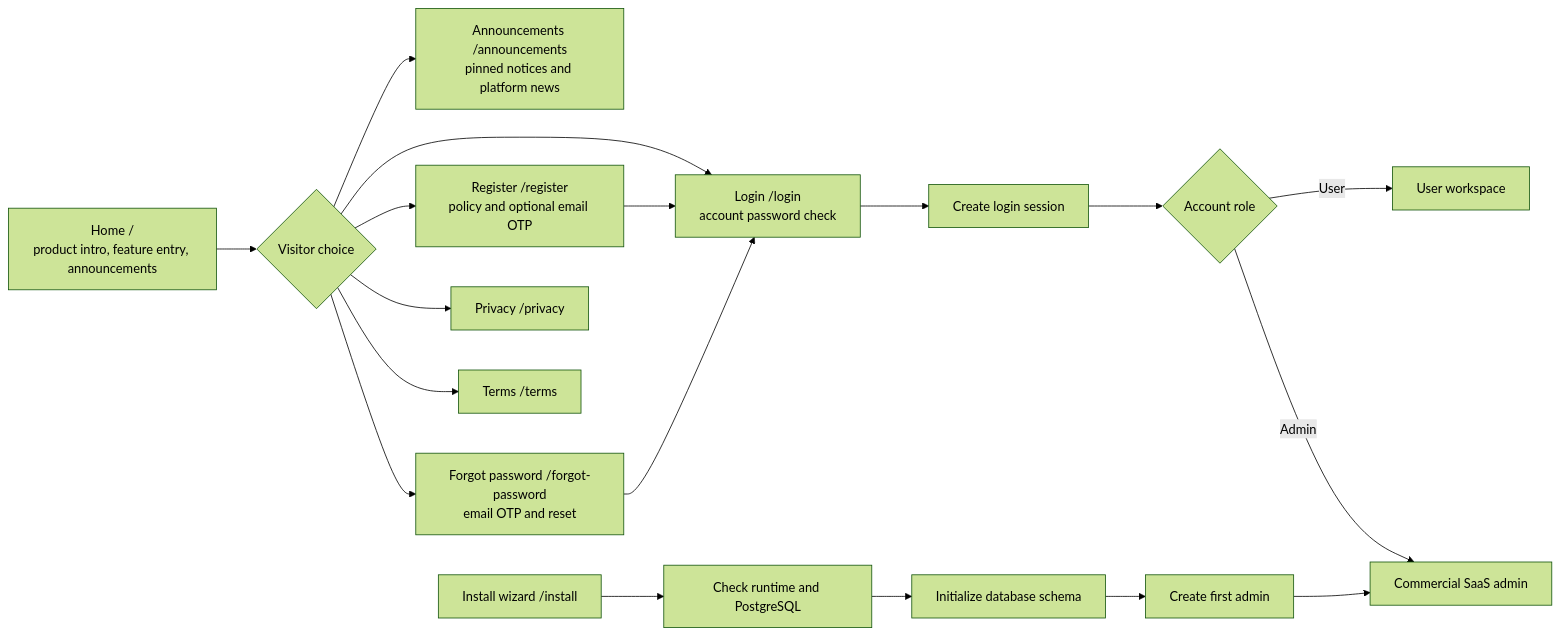
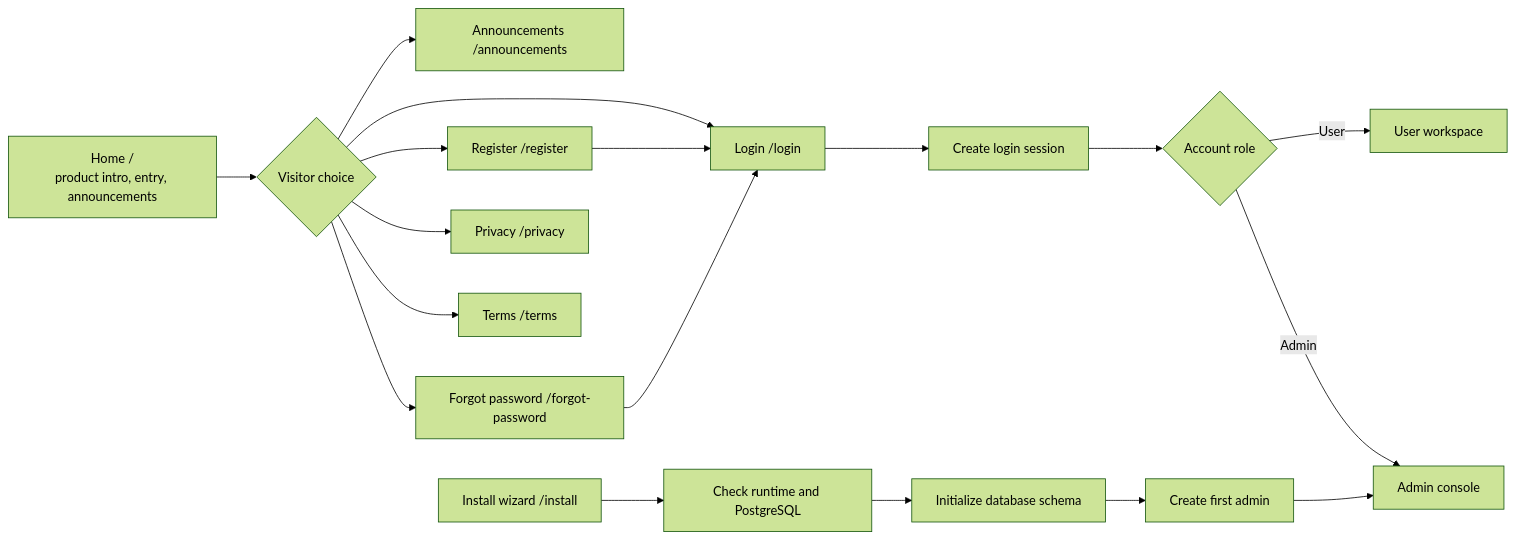
The first of 9 diagrams in README.en.md (jiujiu532/JoveCanvas), drawn with Mermaid (forest theme) before and after one commit. The commit also changed other lines of this file and 1 other file, not shown here.

````diff
--- a/README.en.md
+++ b/README.en.md
@@ -53,23 +52,23 @@
 ```mermaid
 flowchart LR
-    HOME["Home /<br/>product intro, feature entry, announcements"] --> ACTION{"Visitor choice"}
+    HOME["Home /<br/>product intro, entry, announcements"] --> ACTION{"Visitor choice"}
 
-    ACTION --> ANN["Announcements /announcements<br/>pinned notices and platform news"]
-    ACTION --> LOGIN["Login /login<br/>account password check"]
-    ACTION --> REGISTER["Register /register<br/>policy and optional email OTP"]
-    ACTION --> FORGOT["Forgot password /forgot-password<br/>email OTP and reset"]
+    ACTION --> ANN["Announcements /announcements"]
+    ACTION --> LOGIN["Login /login"]
+    ACTION --> REGISTER["Register /register"]
+    ACTION --> FORGOT["Forgot password /forgot-password"]
     ACTION --> PRIVACY["Privacy /privacy"]
     ACTION --> TERMS["Terms /terms"]
 
     REGISTER --> LOGIN
     FORGOT --> LOGIN
     LOGIN --> SESSION["Create login session"]
     SESSION --> ROLE{"Account role"}
     ROLE -->|User| USER["User workspace"]
-    ROLE -->|Admin| ADMIN["Commercial SaaS admin"]
+    ROLE -->|Admin| ADMIN["Admin console"]
 
     INSTALL["Install wizard /install"] --> CHECK["Check runtime and PostgreSQL"]
     CHECK --> SCHEMA["Initialize database schema"]
     SCHEMA --> FIRST_ADMIN["Create first admin"]
     FIRST_ADMIN --> ADMIN
 ```
````
